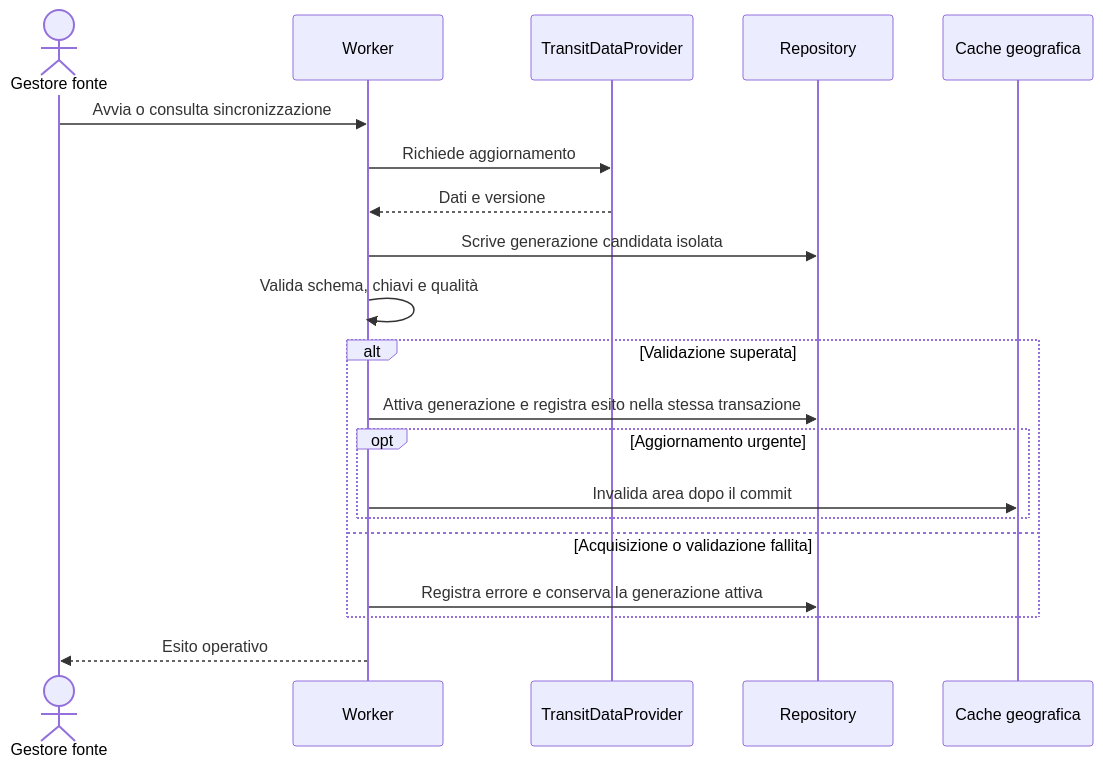
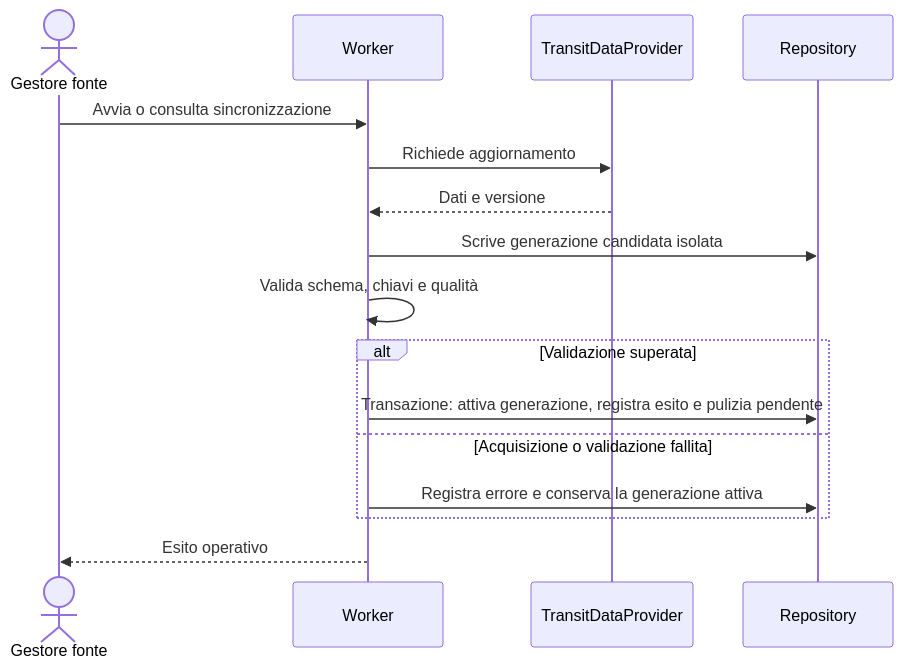
Before and after one commit to andreaplini/aegis: the eighth of 9 diagrams in docs/RAD.md, drawn with Mermaid. The commit also changed other lines of this file and 5 other files, not shown here.

````diff
--- a/docs/RAD.md
+++ b/docs/RAD.md
@@ -472,23 +472,19 @@
 ```mermaid
 sequenceDiagram
-  accDescr: Il worker valida una generazione candidata, la pubblica solo se completa e invalida la cache dopo il commit.
+  accDescr: Il worker importa i dati in isolamento, valida la generazione candidata e registra pubblicazione ed effetto cache pendente nella stessa transazione. Un errore mantiene la generazione attiva precedente.
   actor G as Gestore fonte
   participant W as Worker
   participant P as TransitDataProvider
   participant R as Repository
-  participant C as Cache geografica
   G->>W: Avvia o consulta sincronizzazione
   W->>P: Richiede aggiornamento
   P-->>W: Dati e versione
   W->>R: Scrive generazione candidata isolata
   W->>W: Valida schema, chiavi e qualità
   alt Validazione superata
-    W->>R: Attiva generazione e registra esito nella stessa transazione
-    opt Aggiornamento urgente
-      W->>C: Invalida area dopo il commit
-    end
+    W->>R: Transazione: attiva generazione, registra esito e pulizia pendente
   else Acquisizione o validazione fallita
     W->>R: Registra errore e conserva la generazione attiva
   end
   W-->>G: Esito operativo
 ```
````
